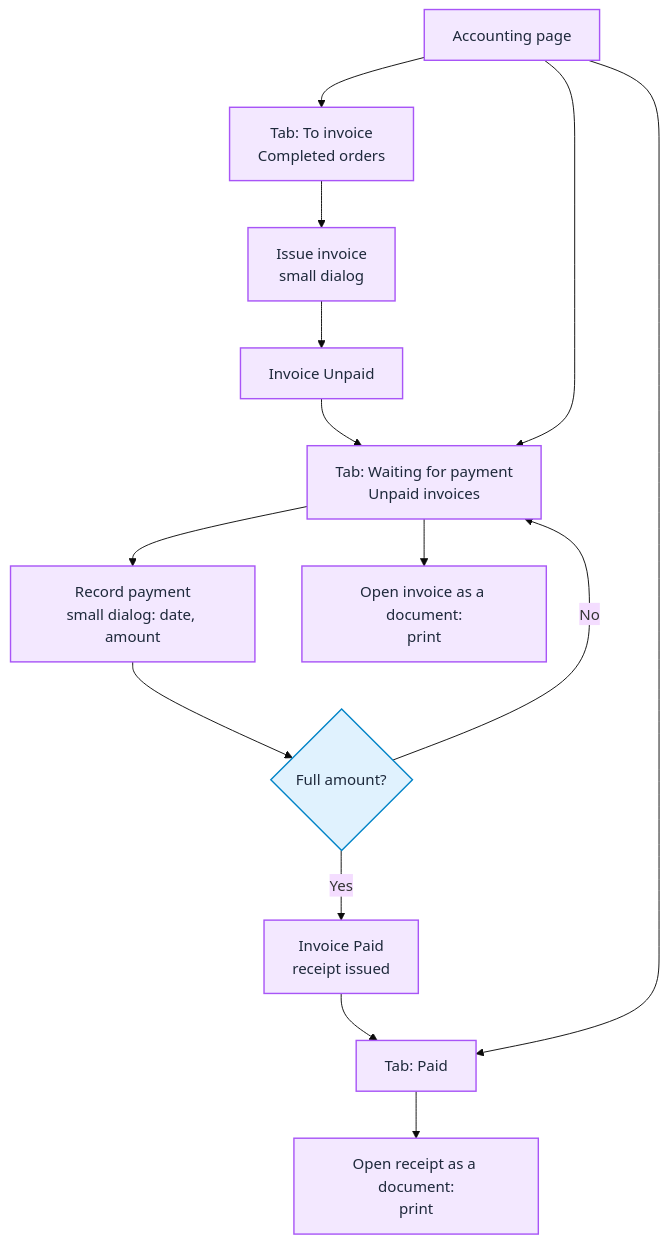
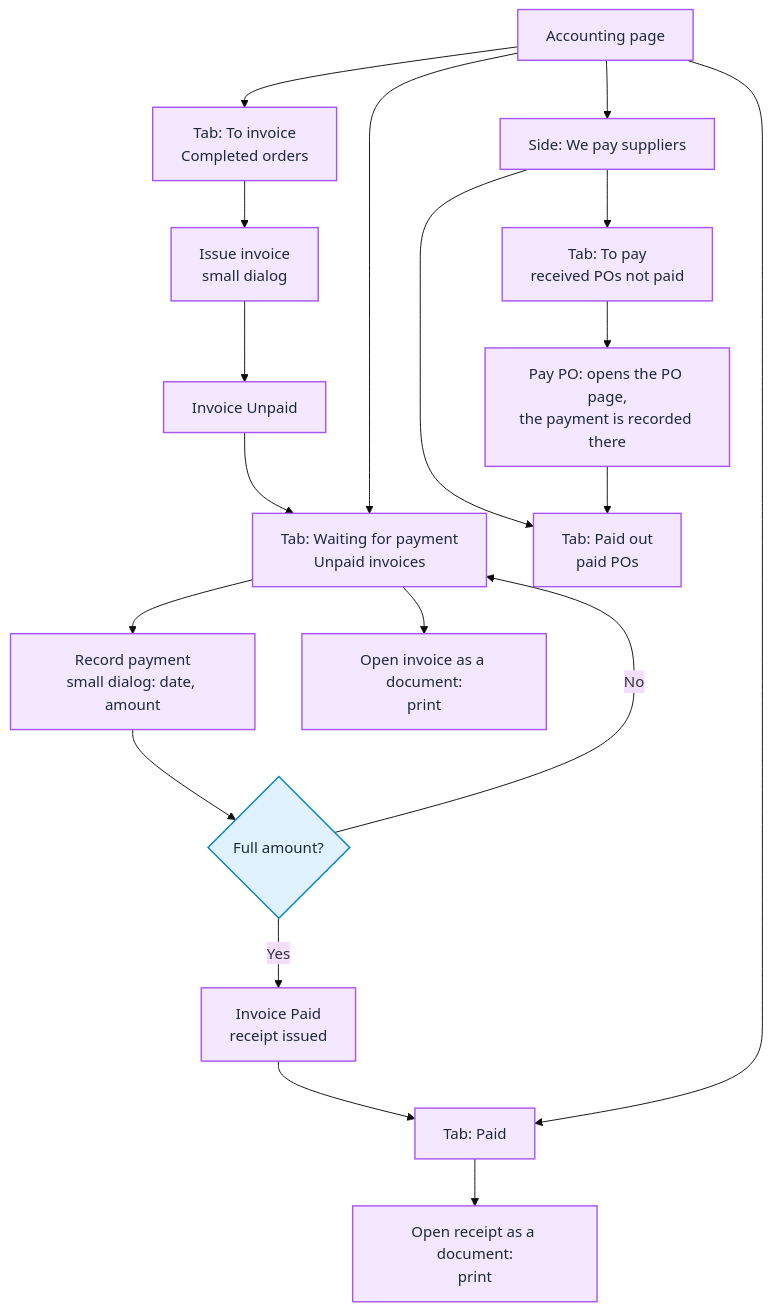
One commit to Detmon0410/Base_Sample_ERP changed the tenth of 12 diagrams in docs/ProjectdocInfo/UserFlow/User Flow.md. Above: the diagram before and after it, drawn with Mermaid (base theme). The commit also changed other lines of this file and 12 other files, not shown here.

Commit message:
Diagrams follow the system: Accounting has a supplier side, Sale Worker does not edit orders, products have no processes and Materials are in Stock, the Dashboard only has order tiles, the Purchase page lists Low or Out materials, no mock in the architecture

````diff
--- a/docs/ProjectdocInfo/UserFlow/User Flow.md
+++ b/docs/ProjectdocInfo/UserFlow/User Flow.md
@@ -233,21 +234,27 @@
 ```mermaid
 flowchart TD
     classDef startEnd fill:#1e1e1e,stroke:#1e1e1e,color:#ffffff,stroke-width:2px;
     classDef action fill:#f3e8ff,stroke:#a855f7,color:#1e293b,stroke-width:1.5px;
     classDef decision fill:#e0f2fe,stroke:#0284c7,color:#1e293b,stroke-width:1.5px;
     classDef error fill:#fee2e2,stroke:#ef4444,color:#991b1b,stroke-width:1.5px;
 
     A[Accounting page]:::action --> T1[Tab: To invoice<br/>Completed orders]:::action
     T1 --> I1[Issue invoice<br/>small dialog]:::action
     I1 --> I2[Invoice Unpaid]:::action
     I2 --> T2[Tab: Waiting for payment<br/>Unpaid invoices]:::action
     A --> T2
     T2 --> I4[Record payment<br/>small dialog: date, amount]:::action
     T2 --> I3[Open invoice as a document:<br/>print]:::action
     I4 --> I5{Full amount?}:::decision
     I5 -- No --> T2
     I5 -- Yes --> I6[Invoice Paid<br/>receipt issued]:::action
     I6 --> T3[Tab: Paid]:::action
     A --> T3
     T3 --> I7[Open receipt as a document:<br/>print]:::action
+
+    A --> S1[Side: We pay suppliers]:::action
+    S1 --> T4[Tab: To pay<br/>received POs not paid]:::action
+    S1 --> T5[Tab: Paid out<br/>paid POs]:::action
+    T4 --> I8[Pay PO: opens the PO page,<br/>the payment is recorded there]:::action
+    I8 --> T5
 ```
````
